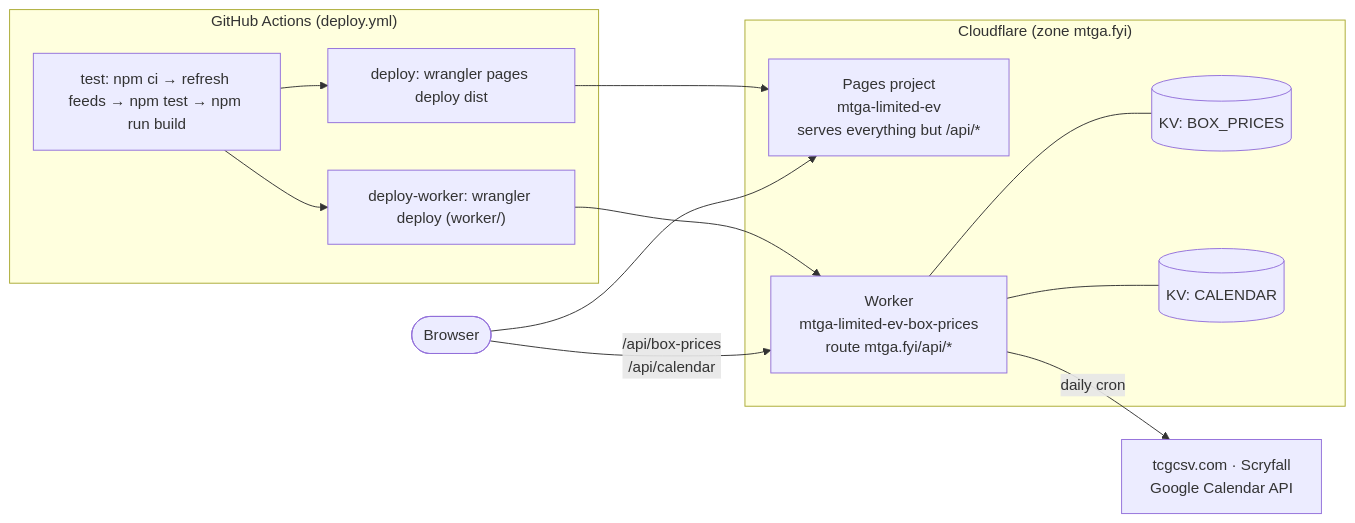
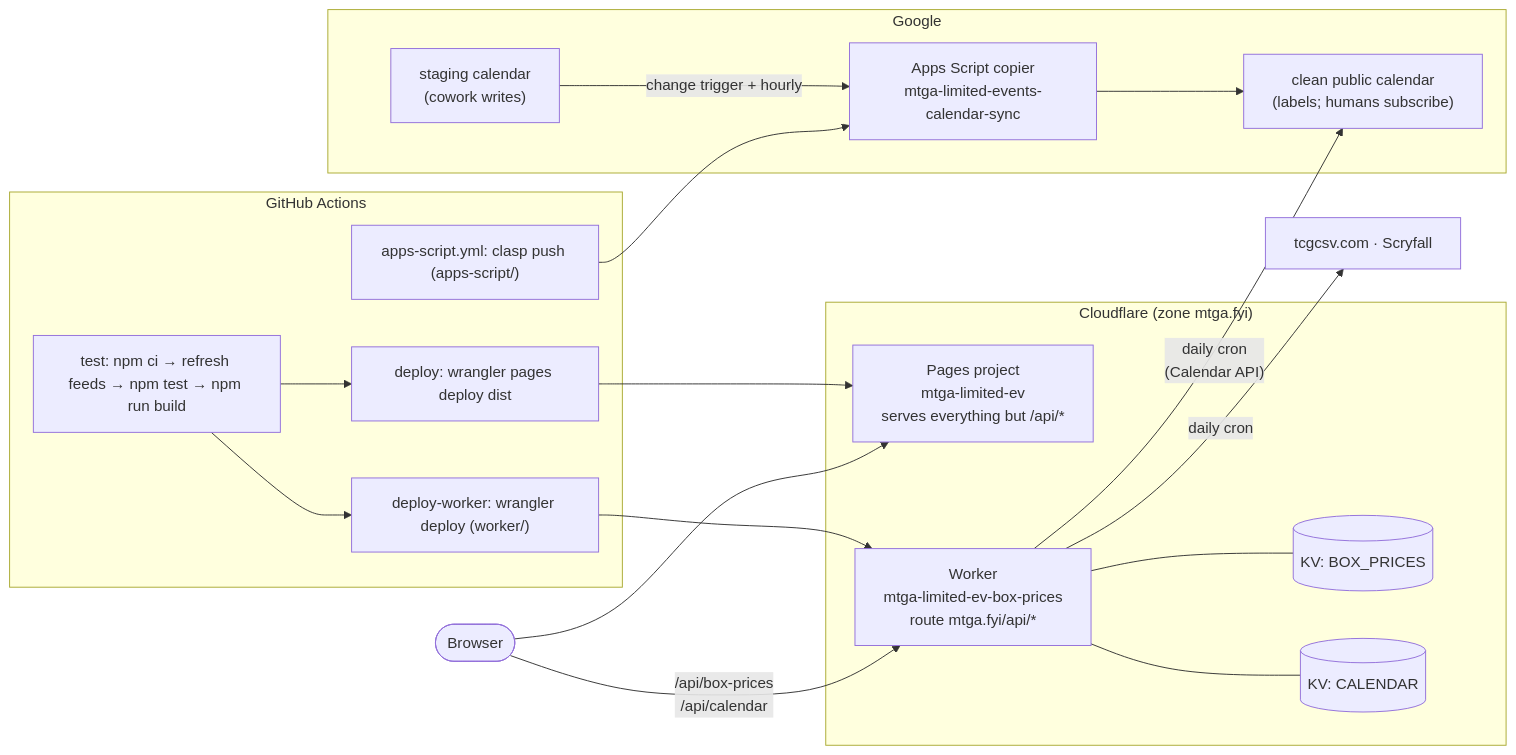
The diagram in DEPLOY.md (awknaust/mtga-limited-ev), drawn with Mermaid before and after one commit. The commit also changed other lines of this file and 16 other files, not shown here.

First line of the commit message:
Mirror the staging calendar onto a clean public one via Apps Script (#104)

````diff
--- a/DEPLOY.md
+++ b/DEPLOY.md
@@ -9,25 +11,37 @@
 ```mermaid
 flowchart LR
-  subgraph gh["GitHub Actions (deploy.yml)"]
+  subgraph gh["GitHub Actions"]
     test["test: npm ci → refresh feeds → npm test → npm run build"]
     pages["deploy: wrangler pages deploy dist"]
     wkr["deploy-worker: wrangler deploy (worker/)"]
+    clasp["apps-script.yml: clasp push (apps-script/)"]
     test --> pages
     test --> wkr
   end
+
+  subgraph goog["Google"]
+    S["staging calendar<br/>(cowork writes)"]
+    A["Apps Script copier<br/>mtga-limited-events-calendar-sync"]
+    C["clean public calendar<br/>(labels; humans subscribe)"]
+    S -- "change trigger + hourly" --> A
+    A --> C
+  end
+
+  clasp --> A
 
   subgraph cf["Cloudflare (zone mtga.fyi)"]
     P["Pages project<br/>mtga-limited-ev<br/>serves everything but /api/*"]
     W["Worker<br/>mtga-limited-ev-box-prices<br/>route mtga.fyi/api/*"]
     KV1[("KV: BOX_PRICES")]
     KV2[("KV: CALENDAR")]
     W --- KV1
     W --- KV2
   end
 
   pages --> P
   wkr --> W
-  W -- "daily cron" --> src["tcgcsv.com · Scryfall<br/>Google Calendar API"]
+  W -- "daily cron" --> src["tcgcsv.com · Scryfall"]
+  W -- "daily cron<br/>(Calendar API)" --> C
   browser(["Browser"]) --> P
   browser -- "/api/box-prices<br/>/api/calendar" --> W
 ```
````
